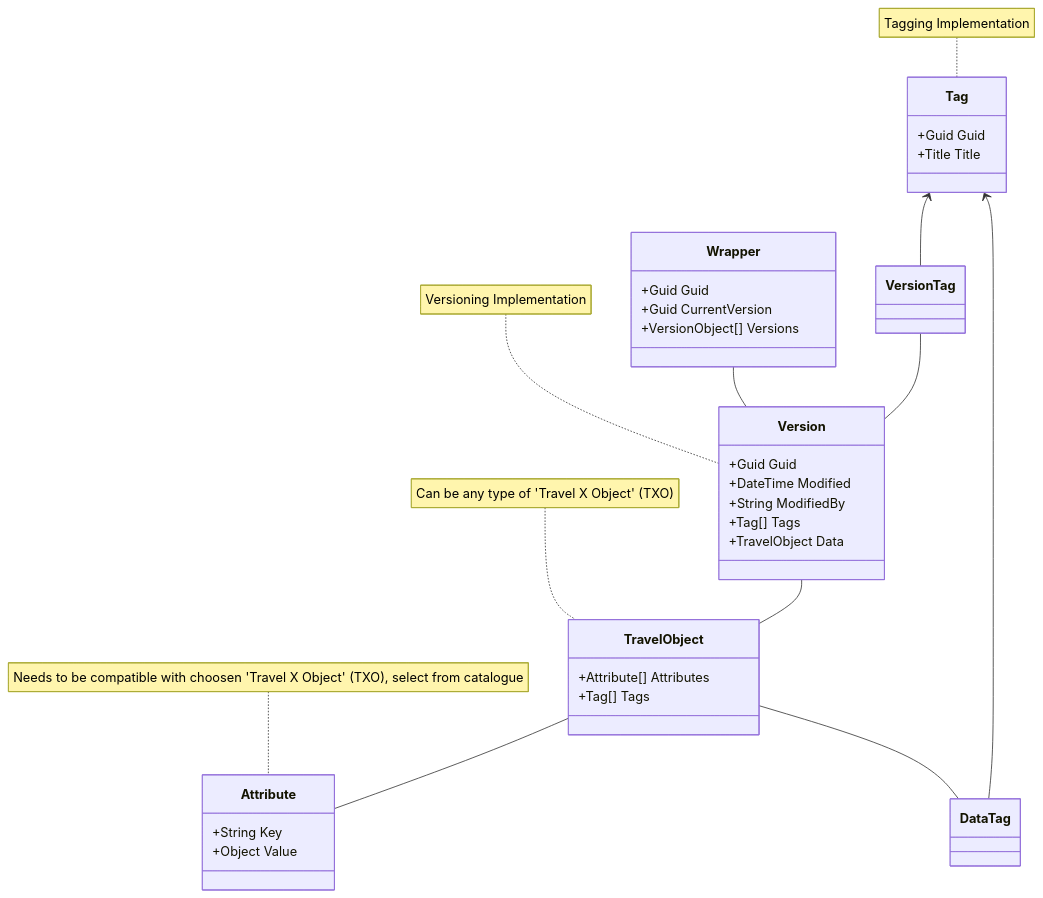
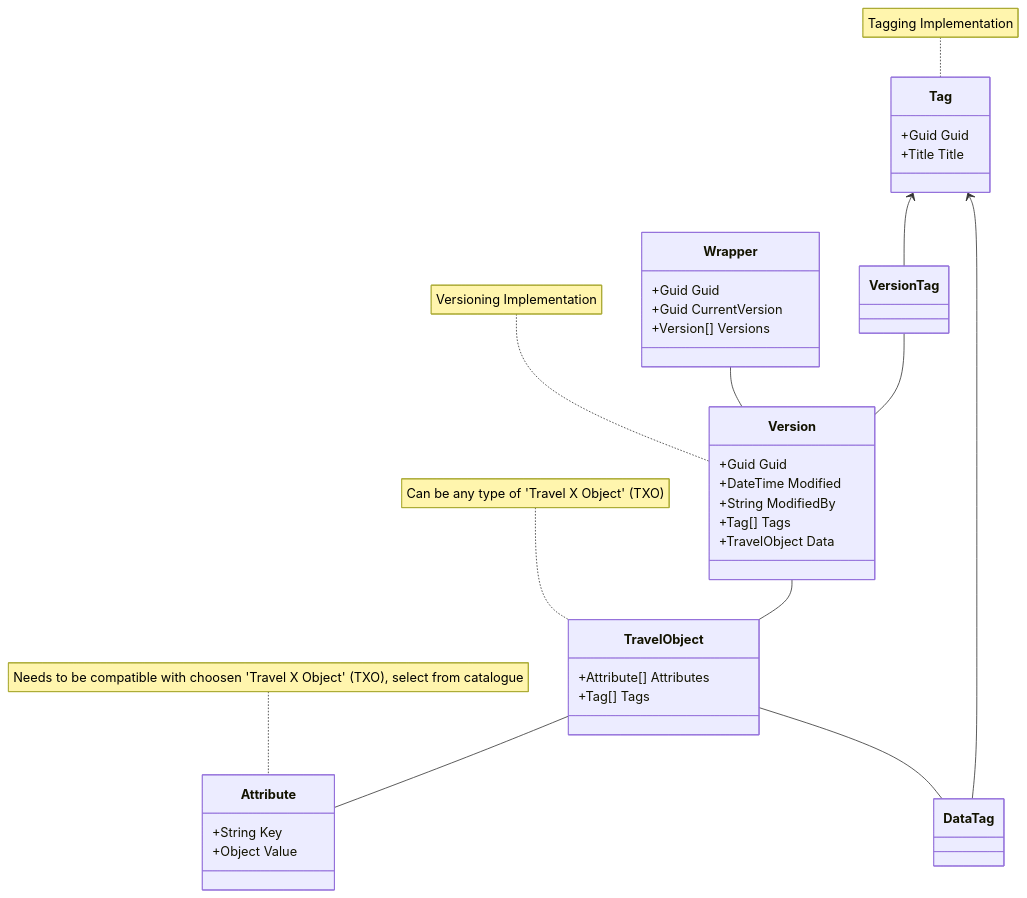
Before and after one commit to OSSTRA/TXDM: the diagram in Travel Object TO.md, drawn with Mermaid. The commit also changed other lines of this file, not shown here.

Commit message:
Update Travel Object TO.md

````diff
--- a/Travel Object TO.md
+++ b/Travel Object TO.md
@@ -14,38 +14,38 @@
 ```mermaid
 classDiagram
 Wrapper -- Version
 VersionTag -- Version
 Version -- TravelObject
 TravelObject -- Attribute
 TravelObject -- DataTag
 Tag <-- VersionTag
 Tag <-- DataTag
     class Wrapper{
       +Guid Guid
       +Guid CurrentVersion
-      +VersionObject[] Versions
+      +Version[] Versions
     }
     class Version{
       +Guid Guid
       +DateTime Modified
       +String ModifiedBy
       +Tag[] Tags
       +TravelObject Data
     }
     class Tag{
         +Guid Guid
         +Title Title
     }
     class TravelObject{
         +Attribute[] Attributes
         +Tag[] Tags
     }
     class Attribute{
         +String Key
         +Object Value
     }
     note for Version "Versioning Implementation"
     note for Tag "Tagging Implementation"
     note for TravelObject "Can be any type of 'Travel X Object' (TXO)"
     note for Attribute "Needs to be compatible with choosen 'Travel X Object' (TXO), select from catalogue"
 ```
````
